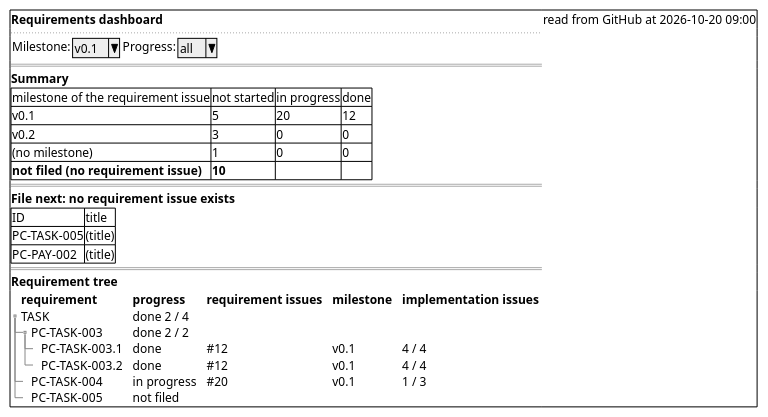
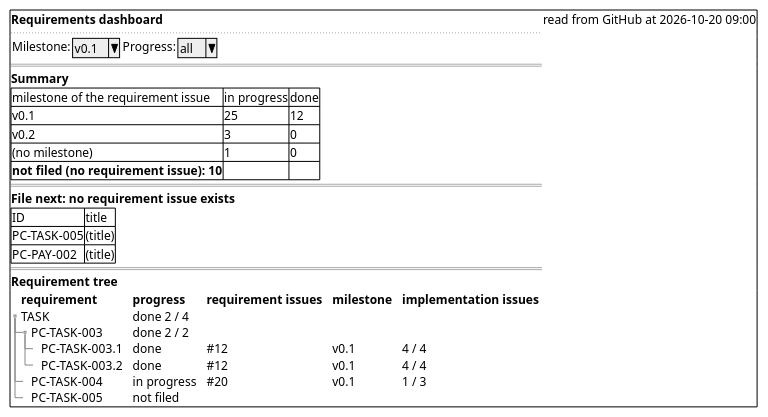
The diagram in docs/ja/requirements/dashboard/dashboard-wireframe.puml (cloveclovedev/cumin-trace), drawn with PlantUML before and after one commit. The commit also changed 15 other files, not shown here.

```diff
--- a/docs/ja/requirements/dashboard/dashboard-wireframe.puml
+++ b/docs/ja/requirements/dashboard/dashboard-wireframe.puml
@@ -1,35 +1,35 @@
 @startuml dashboard-wireframe
 salt
 {+
   <b>Requirements dashboard | read from GitHub at 2026-10-20 09:00
   ..
   { Milestone: | ^v0.1^ | Progress: | ^all^ }
   ==
   <b>Summary
   {#
-    milestone of the requirement issue | not started | in progress | done
-    v0.1 | 5 | 20 | 12
-    v0.2 | 3 | 0 | 0
-    (no milestone) | 1 | 0 | 0
-    <b>not filed (no requirement issue) | <b>10 | . | .
+    milestone of the requirement issue | in progress | done
+    v0.1 | 25 | 12
+    v0.2 | 3 | 0
+    (no milestone) | 1 | 0
+    <b>not filed (no requirement issue): 10 | . | .
   }
   ==
   <b>File next: no requirement issue exists
   {#
     ID | title
     PC-TASK-005 | (title)
     PC-PAY-002 | (title)
   }
   ==
   <b>Requirement tree
   {T
     + <b>requirement | <b>progress | <b>requirement issues | <b>milestone | <b>implementation issues
     + TASK | done 2 / 4 | . | . | .
     ++ PC-TASK-003 | done 2 / 2 | . | . | .
     +++ PC-TASK-003.1 | done | ~#12 | v0.1 | 4 / 4
     +++ PC-TASK-003.2 | done | ~#12 | v0.1 | 4 / 4
     ++ PC-TASK-004 | in progress | ~#20 | v0.1 | 1 / 3
     ++ PC-TASK-005 | not filed | . | . | .
   }
 }
 @enduml
```
